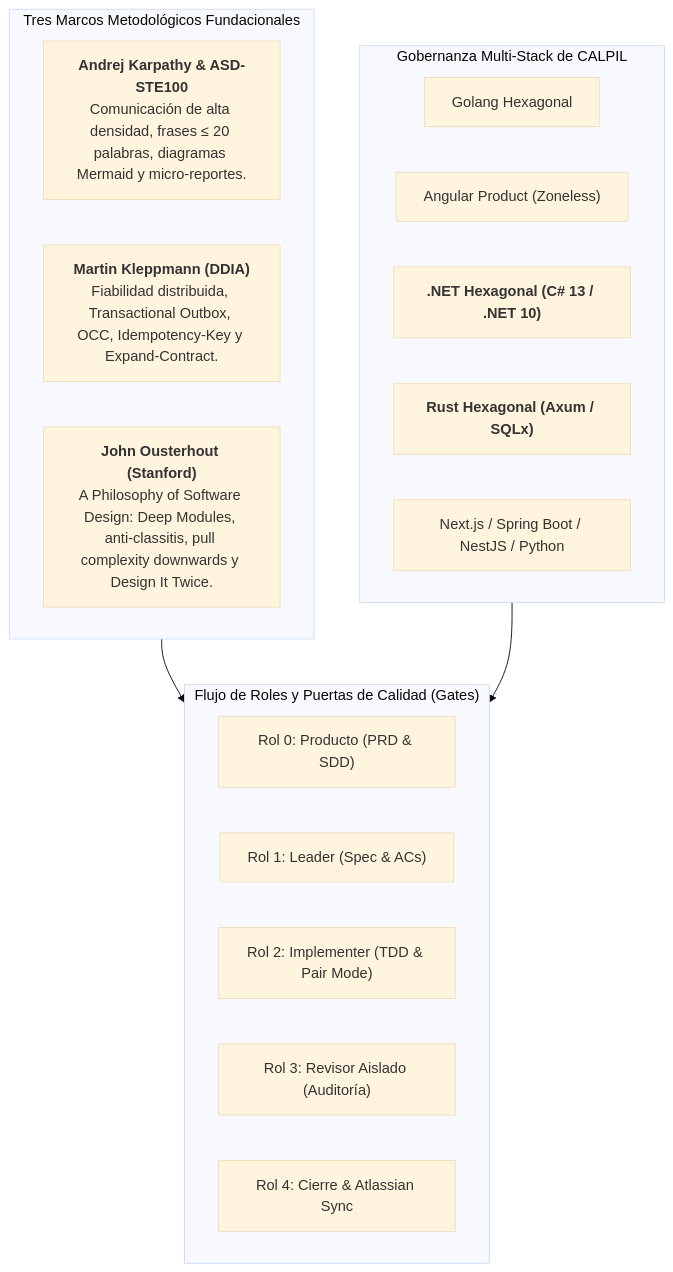
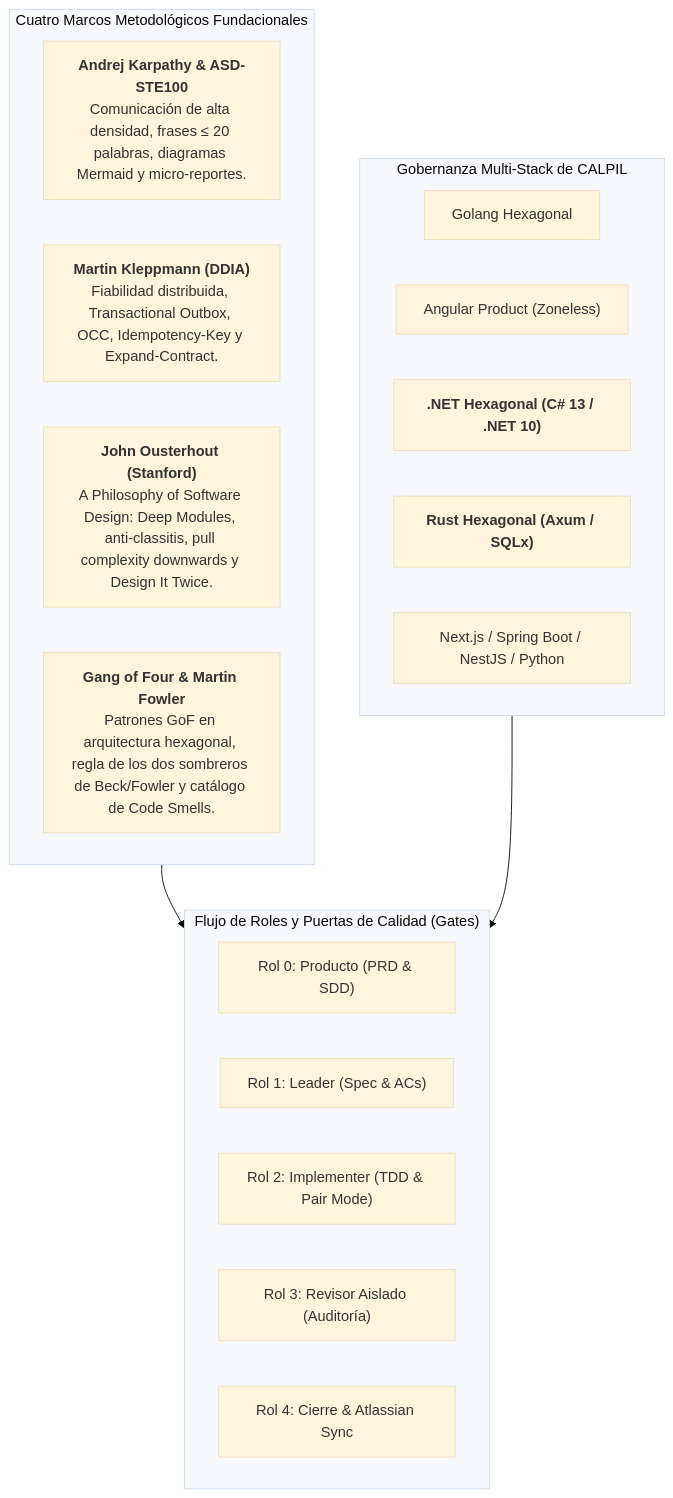
One commit to calpil/harness-flow changed the diagram in docs/memoria-tecnica-implementaciones.md. Above: the diagram before and after it, drawn with Mermaid (base theme). The commit also changed other lines of this file and 2 other files, not shown here.

Commit message:
docs: consolidar indice maestro en docs/README.md y actualizar memoria tecnica con cuatro marcos metodologicos

````diff
--- a/docs/memoria-tecnica-implementaciones.md
+++ b/docs/memoria-tecnica-implementaciones.md
@@ -11,27 +11,28 @@
 ```mermaid
 flowchart TD
-    subgraph Marcos["Tres Marcos Metodológicos Fundacionales"]
+    subgraph Marcos["Cuatro Marcos Metodológicos Fundacionales"]
         M1["<b>Andrej Karpathy & ASD-STE100</b><br/>Comunicación de alta densidad, frases &le; 20 palabras, diagramas Mermaid y micro-reportes."]
         M2["<b>Martin Kleppmann (DDIA)</b><br/>Fiabilidad distribuida, Transactional Outbox, OCC, Idempotency-Key y Expand-Contract."]
         M3["<b>John Ousterhout (Stanford)</b><br/>A Philosophy of Software Design: Deep Modules, anti-classitis, pull complexity downwards y Design It Twice."]
+        M4["<b>Gang of Four & Martin Fowler</b><br/>Patrones GoF en arquitectura hexagonal, regla de los dos sombreros de Beck/Fowler y catálogo de Code Smells."]
     end
 
     subgraph Stacks["Gobernanza Multi-Stack de CALPIL"]
         S1["Golang Hexagonal"]
         S2["Angular Product (Zoneless)"]
         S3["<b>.NET Hexagonal (C# 13 / .NET 10)</b>"]
         S4["<b>Rust Hexagonal (Axum / SQLx)</b>"]
         S5["Next.js / Spring Boot / NestJS / Python"]
     end
 
     subgraph Flujo["Flujo de Roles y Puertas de Calidad (Gates)"]
         F0["Rol 0: Producto (PRD & SDD)"]
         F1["Rol 1: Leader (Spec & ACs)"]
         F2["Rol 2: Implementer (TDD & Pair Mode)"]
         F3["Rol 3: Revisor Aislado (Auditoría)"]
         F4["Rol 4: Cierre & Atlassian Sync"]
     end
 
     Marcos --> Flujo
     Stacks --> Flujo
 ```
````
